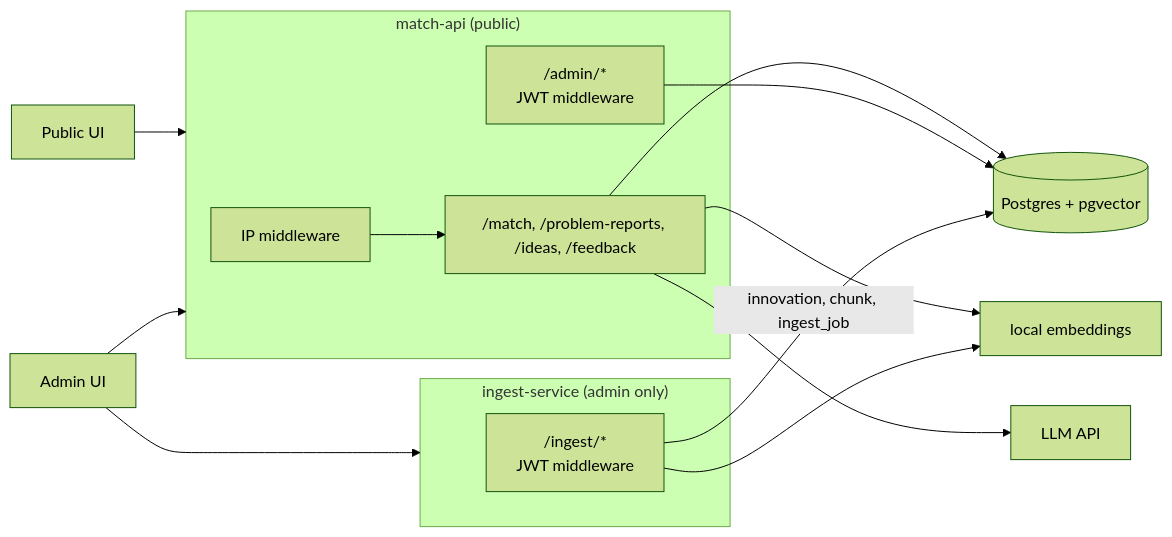
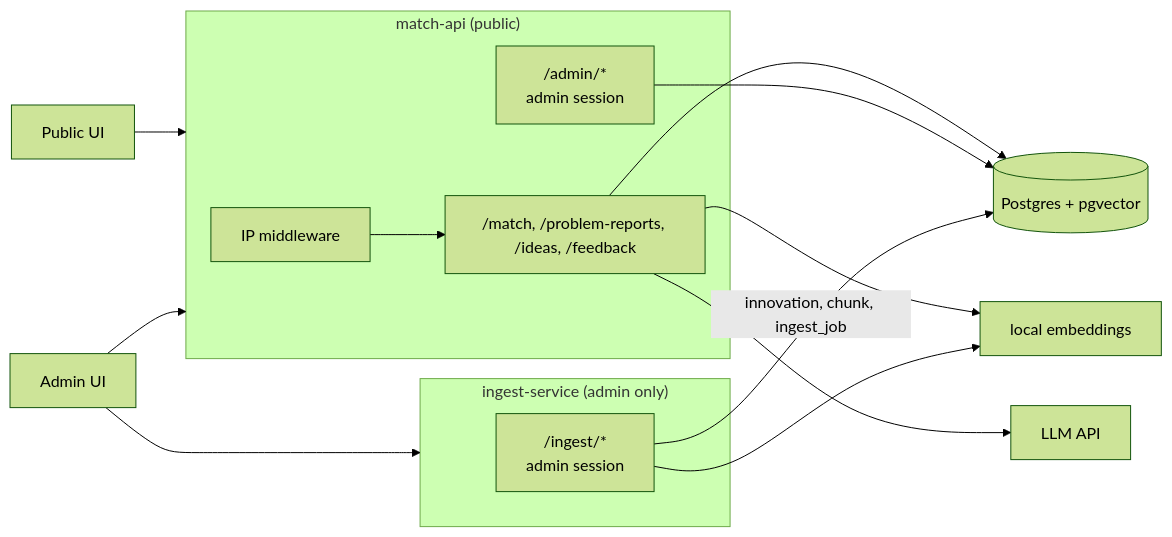
One commit to DziadBud/HackYeah2026 changed the first of 4 diagrams in documentation/backend/architecture.md. Above: the diagram before and after it, drawn with Mermaid (forest theme). The commit also changed other lines of this file and 34 other files, not shown here.

````diff
--- a/documentation/backend/architecture.md
+++ b/documentation/backend/architecture.md
@@ -13,26 +13,26 @@
 ```mermaid
 flowchart LR
     PUI[Public UI] --> API
     AUI[Admin UI] --> API
     AUI --> ING
 
     subgraph API["match-api (public)"]
         IPM[IP middleware]
         PUB["/match, /problem-reports, /ideas, /feedback"]
-        ADM["/admin/*<br/>JWT middleware"]
+        ADM["/admin/*<br/>admin session"]
     end
 
     subgraph ING["ingest-service (admin only)"]
-        IMP["/ingest/*<br/>JWT middleware"]
+        IMP["/ingest/*<br/>admin session"]
     end
 
     DB[("Postgres + pgvector")]
     LLM[LLM API]
     EMB[local embeddings]
 
     IPM --> PUB
     PUB & ADM --> DB
     PUB --> EMB & LLM
     IMP --> EMB
     IMP -- "innovation, chunk, ingest_job" --> DB
 ```
````
